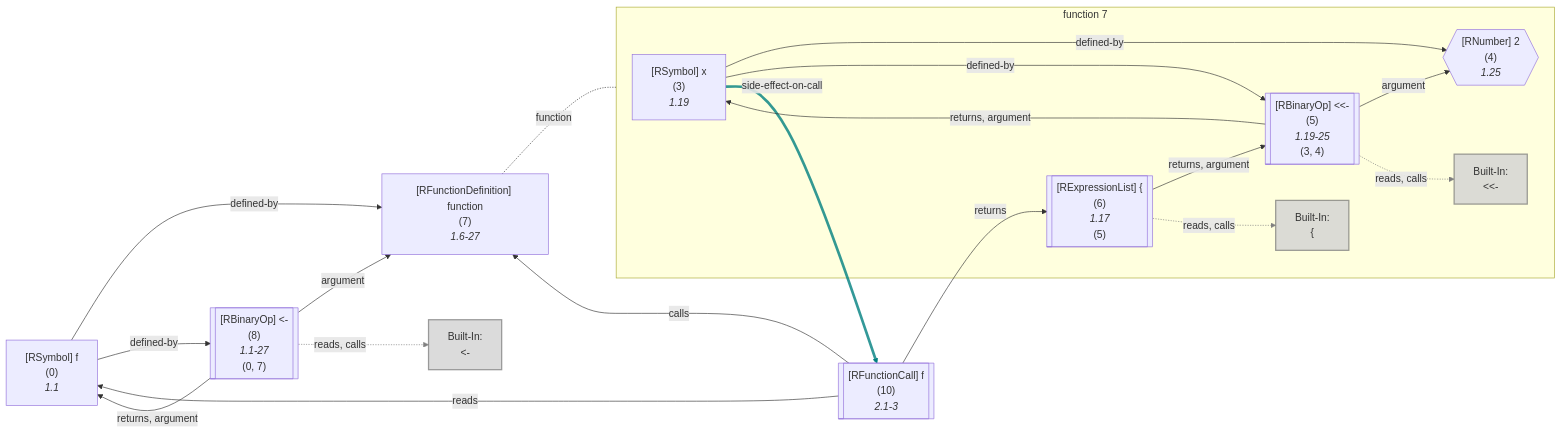
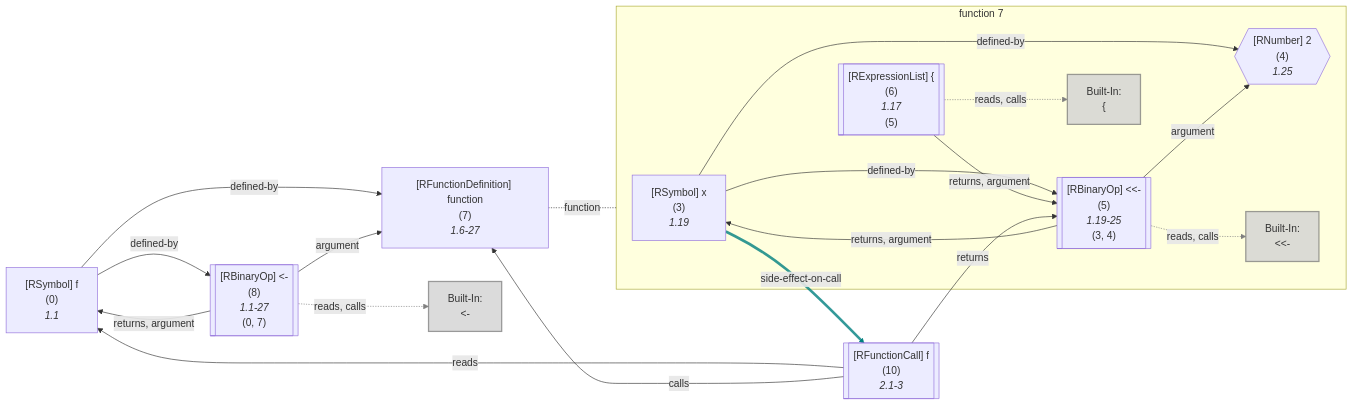
One commit to flowr-analysis/flowr changed diagram 41 of 51 in wiki/Dataflow Graph.md. Above: the diagram before and after it, drawn with Mermaid. The commit also changed other lines of this file and 13 other files, not shown here.

Commit message:
[skip ci] doc: update generated wiki pages (wiki/Capabilities,wiki/Dataflow Graph,wiki/Interface,wiki/Core,README)

````diff
--- a/wiki/Dataflow Graph.md
+++ b/wiki/Dataflow Graph.md
@@ -5175,72 +5179,72 @@
 ```mermaid
 flowchart LR
     %% Environment of 7 [level: 0]:
     %% Built-in
-    %% 1176----------------------------------------
+    %% 1178----------------------------------------
     %%   x: {**x** (id: 3, type: Variable, def. @5)}
     7["`#91;RFunctionDefinition#93; function
       (7)
       *1.6-27*`"]
 
 subgraph "flow-7" [function 7]
     4{{"`#91;RNumber#93; 2
       (4)
       *1.25*`"}}
     3["`#91;RSymbol#93; x
       (3)
       *1.19*`"]
     5[["`#91;RBinaryOp#93; #60;#60;#45;
       (5)
       *1.19-25*
     (3, 4)`"]]
     built-in:__-["`Built-In:
 #60;#60;#45;`"]
     style built-in:__- stroke:gray,fill:lightgray,stroke-width:2px,opacity:.8;
     6[["`#91;RExpressionList#93; #123;
       (6)
       *1.17*
     (5)`"]]
     built-in:_["`Built-In:
 #123;`"]
     style built-in:_ stroke:gray,fill:lightgray,stroke-width:2px,opacity:.8;
 end
     0["`#91;RSymbol#93; f
       (0)
       *1.1*`"]
     8[["`#91;RBinaryOp#93; #60;#45;
       (8)
       *1.1-27*
     (0, 7)`"]]
     built-in:_-["`Built-In:
 #60;#45;`"]
     style built-in:_- stroke:gray,fill:lightgray,stroke-width:2px,opacity:.8;
     %% Environment of 10 [level: 0]:
     %% Built-in
-    %% 1184----------------------------------------
+    %% 1186----------------------------------------
     %%   f: {**f** (id: 0, type: Function, def. @8)}
     10[["`#91;RFunctionCall#93; f
       (10)
       *2.1-3*`"]]
     3 -->|"defined-by"| 4
     3 -->|"defined-by"| 5
     3 -->|"side-effect-on-call"| 10
     linkStyle 2 stroke:teal,stroke-width:4.2px,stroke-opacity:.8
     5 -->|"argument"| 4
     5 -->|"returns, argument"| 3
     5 -.->|"reads, calls"| built-in:__-
     linkStyle 5 stroke:gray;
     6 -->|"returns, argument"| 5
     6 -.->|"reads, calls"| built-in:_
     linkStyle 7 stroke:gray;
 7 -.-|function| flow-7
 
     0 -->|"defined-by"| 7
     0 -->|"defined-by"| 8
     8 -->|"argument"| 7
     8 -->|"returns, argument"| 0
     8 -.->|"reads, calls"| built-in:_-
     linkStyle 13 stroke:gray;
     10 -->|"reads"| 0
-    10 -->|"returns"| 6
+    10 -->|"returns"| 5
     10 -->|"calls"| 7
 ```
````
